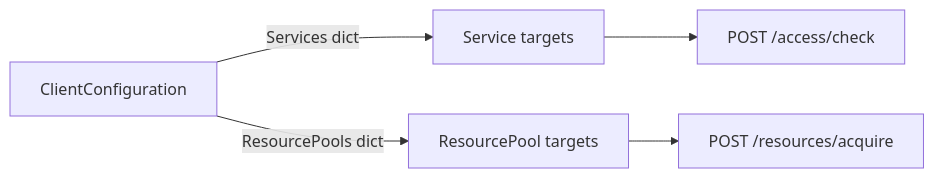
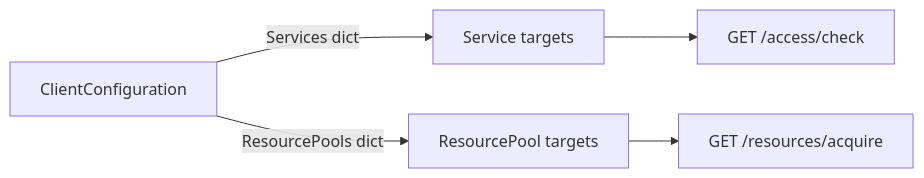
One commit to ShaharMS/ClientManager changed the first of 3 diagrams in docs/core/domain-model.md. Above: the diagram before and after it, drawn with Mermaid. The commit also changed 12 other files, not shown here.

````diff
--- a/docs/core/domain-model.md
+++ b/docs/core/domain-model.md
@@ -16,8 +16,8 @@
 ```mermaid
 flowchart LR
     client[ClientConfiguration]
     client -->|Services dict| svc[Service targets]
     client -->|ResourcePools dict| pool[ResourcePool targets]
-    svc --> access[POST /access/check]
-    pool --> acquire[POST /resources/acquire]
+    svc --> access[GET /access/check]
+    pool --> acquire[GET /resources/acquire]
 ```
````
